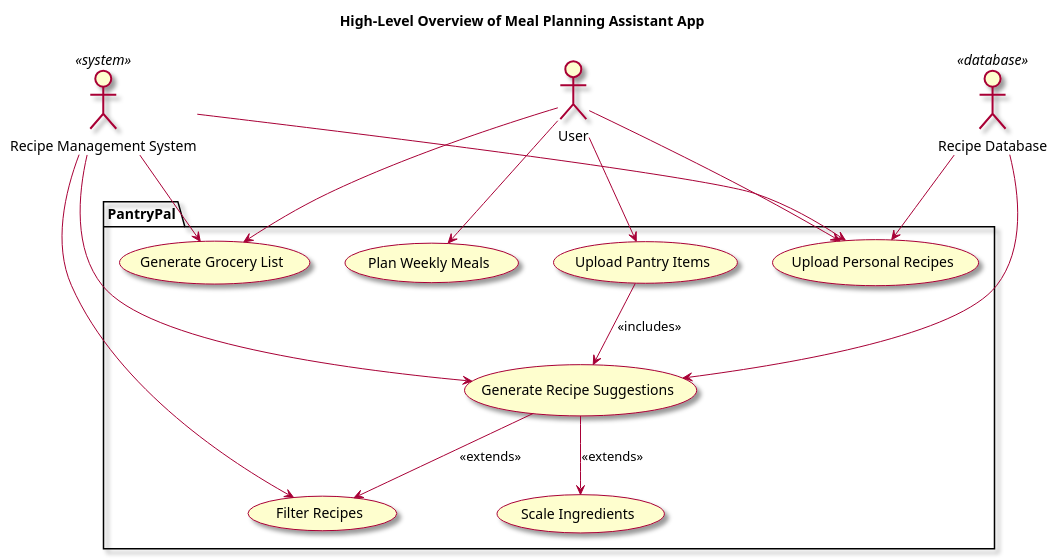
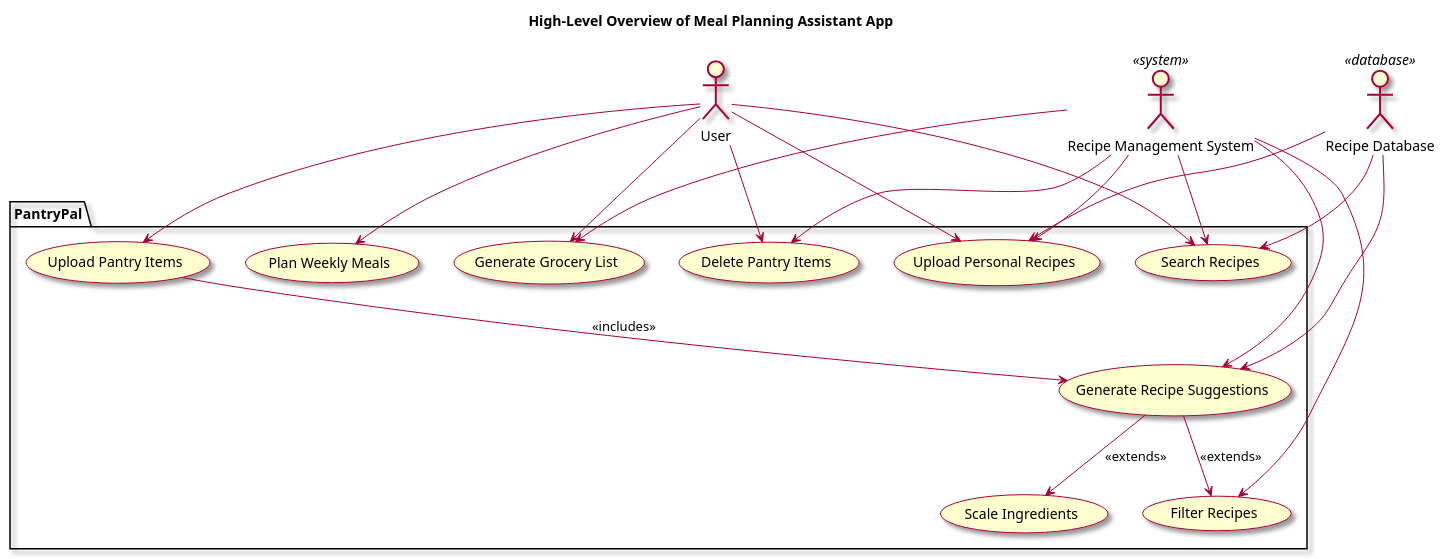
Before and after one commit to berthashipper/Pantry-Pal-Android-Application: the diagram in intellij/doc/vision.md, drawn with PlantUML. The commit also changed other lines of this file, not shown here.

Commit message:
Added Search Recipes and Delete Pantry Items to high-level overview

````diff
--- a/intellij/doc/vision.md
+++ b/intellij/doc/vision.md
@@ -30,46 +30,53 @@
 ```plantuml
 @startuml
 skin rose
 
 title High-Level Overview of Meal Planning Assistant App
 
 ' Human actor
 actor "User" as user
 
 ' System actor
 actor "Recipe Management System" <<system>> as recipeSystem
 
 ' Database actor
 actor "Recipe Database" <<database>> as recipeDB
 
 ' List all use cases in package
 package PantryPal {
     usecase "Upload Pantry Items" as uploadPantryItems
     usecase "Generate Recipe Suggestions" as generateRecipeSuggestions
     usecase "Filter Recipes" as filterRecipes
     usecase "Scale Ingredients" as scaleIngredients
     usecase "Upload Personal Recipes" as uploadPersonalRecipes
     usecase "Plan Weekly Meals" as planWeeklyMeals
     usecase "Generate Grocery List" as generateGroceryList
+    usecase "Search Recipes" as searchRecipes
+    usecase "Delete Pantry Items" as deletePantryItems
 }
 
 ' Associations
 user --> uploadPantryItems
 user --> uploadPersonalRecipes
 user --> planWeeklyMeals
 user --> generateGroceryList
+user --> searchRecipes
+user --> deletePantryItems
 
 uploadPantryItems -down-> generateRecipeSuggestions : <<includes>>
 generateRecipeSuggestions -down-> filterRecipes : <<extends>>
 generateRecipeSuggestions -down-> scaleIngredients : <<extends>>
 
 recipeSystem --> generateRecipeSuggestions
 recipeSystem --> filterRecipes
 recipeSystem --> uploadPersonalRecipes
 recipeSystem --> generateGroceryList
+recipeSystem --> searchRecipes
+recipeSystem --> deletePantryItems
 
 recipeDB --> uploadPersonalRecipes
 recipeDB --> generateRecipeSuggestions
+recipeDB --> searchRecipes
 
 @enduml
 ```
````
